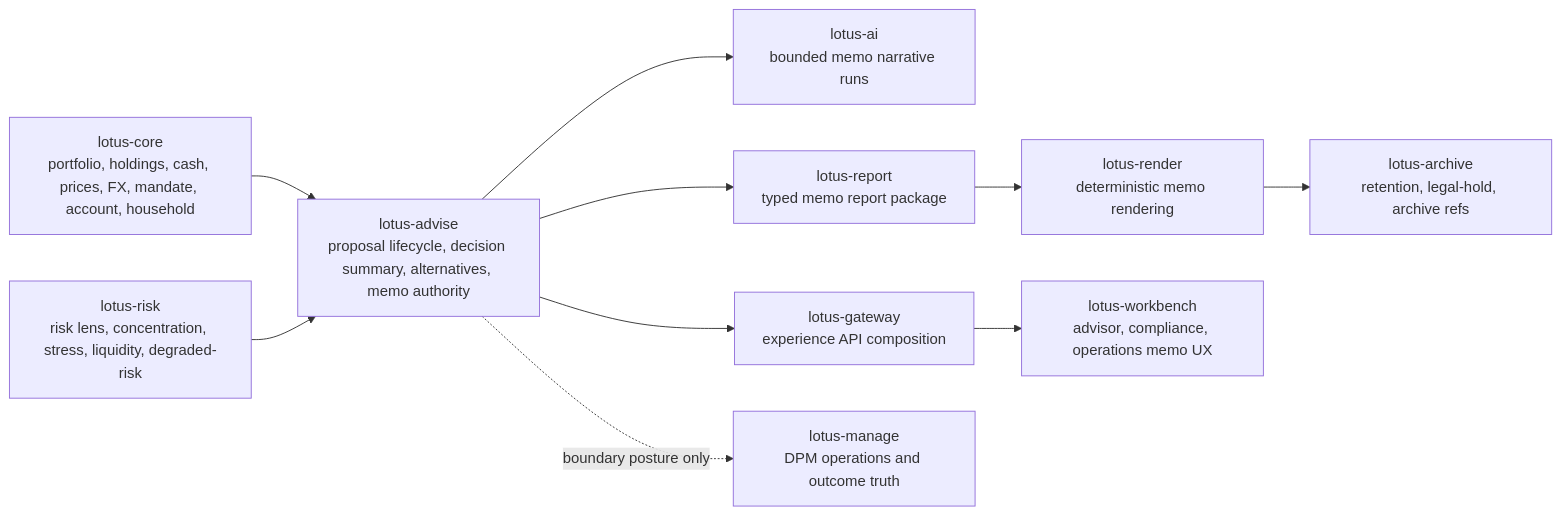
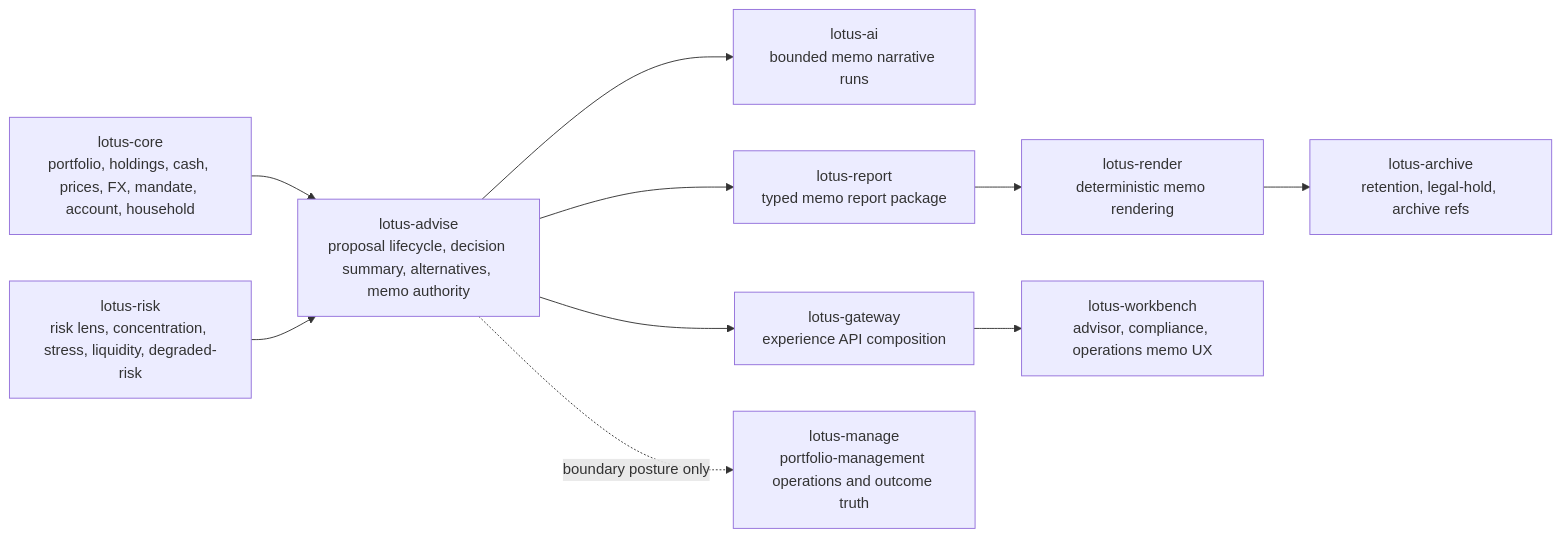
Before and after one commit to sgajbi/lotus-advise: the diagram in docs/rfcs/RFC-0024-slice-0-critical-review-source-map-and-product-gap-allocation.md, drawn with Mermaid. The commit also changed other lines of this file and 7 other files, not shown here.

Commit message:
docs: clean rfc portfolio management vocabulary

````diff
--- a/docs/rfcs/RFC-0024-slice-0-critical-review-source-map-and-product-gap-allocation.md
+++ b/docs/rfcs/RFC-0024-slice-0-critical-review-source-map-and-product-gap-allocation.md
@@ -75,23 +75,23 @@
 ```mermaid
 flowchart LR
     Core[lotus-core<br/>portfolio, holdings, cash, prices, FX, mandate, account, household]
     Risk[lotus-risk<br/>risk lens, concentration, stress, liquidity, degraded-risk]
     Advise[lotus-advise<br/>proposal lifecycle, decision summary, alternatives, memo authority]
     AI[lotus-ai<br/>bounded memo narrative runs]
     Report[lotus-report<br/>typed memo report package]
     Render[lotus-render<br/>deterministic memo rendering]
     Archive[lotus-archive<br/>retention, legal-hold, archive refs]
     Gateway[lotus-gateway<br/>experience API composition]
     Workbench[lotus-workbench<br/>advisor, compliance, operations memo UX]
-    Manage[lotus-manage<br/>DPM operations and outcome truth]
+    Manage[lotus-manage<br/>portfolio-management operations and outcome truth]
 
     Core --> Advise
     Risk --> Advise
     Advise --> AI
     Advise --> Report
     Report --> Render
     Render --> Archive
     Advise --> Gateway
     Gateway --> Workbench
     Advise -. boundary posture only .-> Manage
 ```
````
